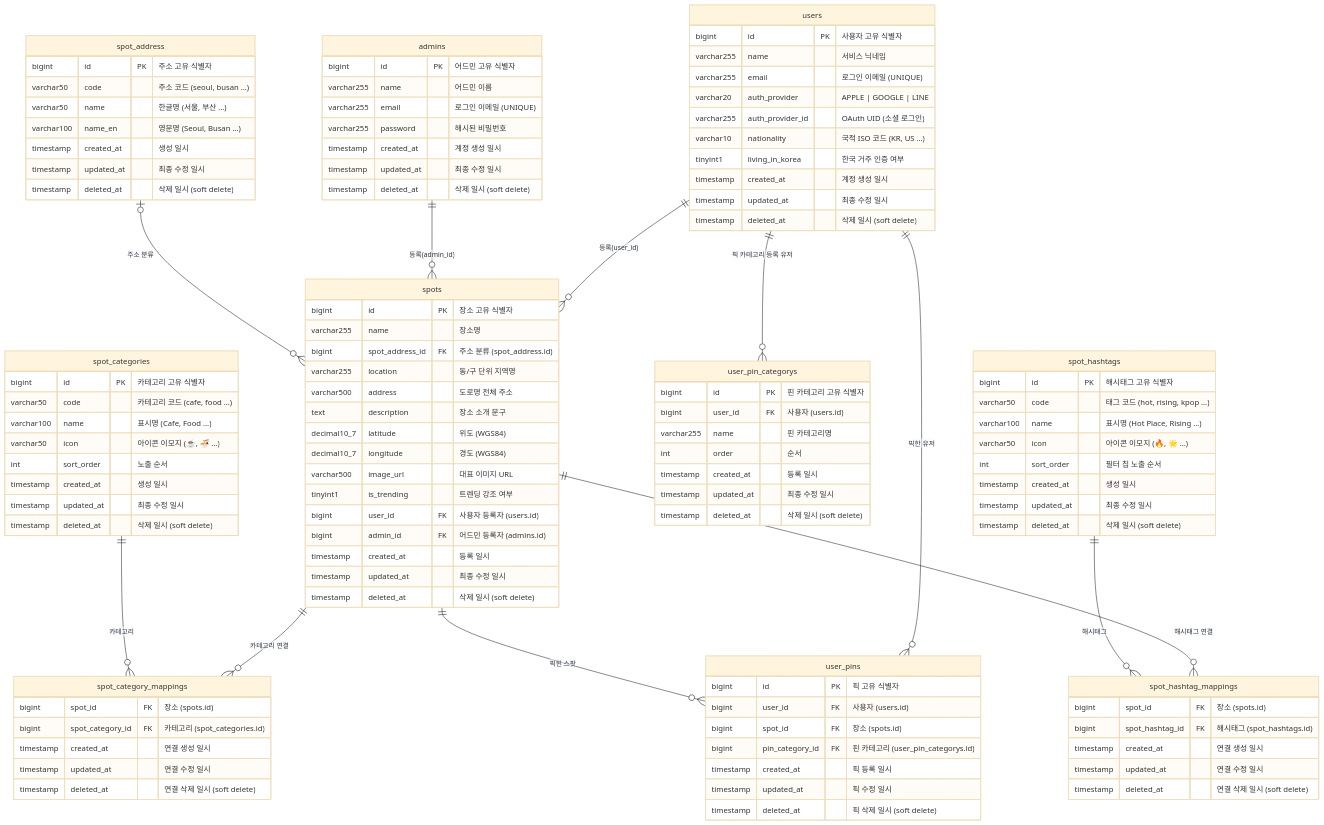
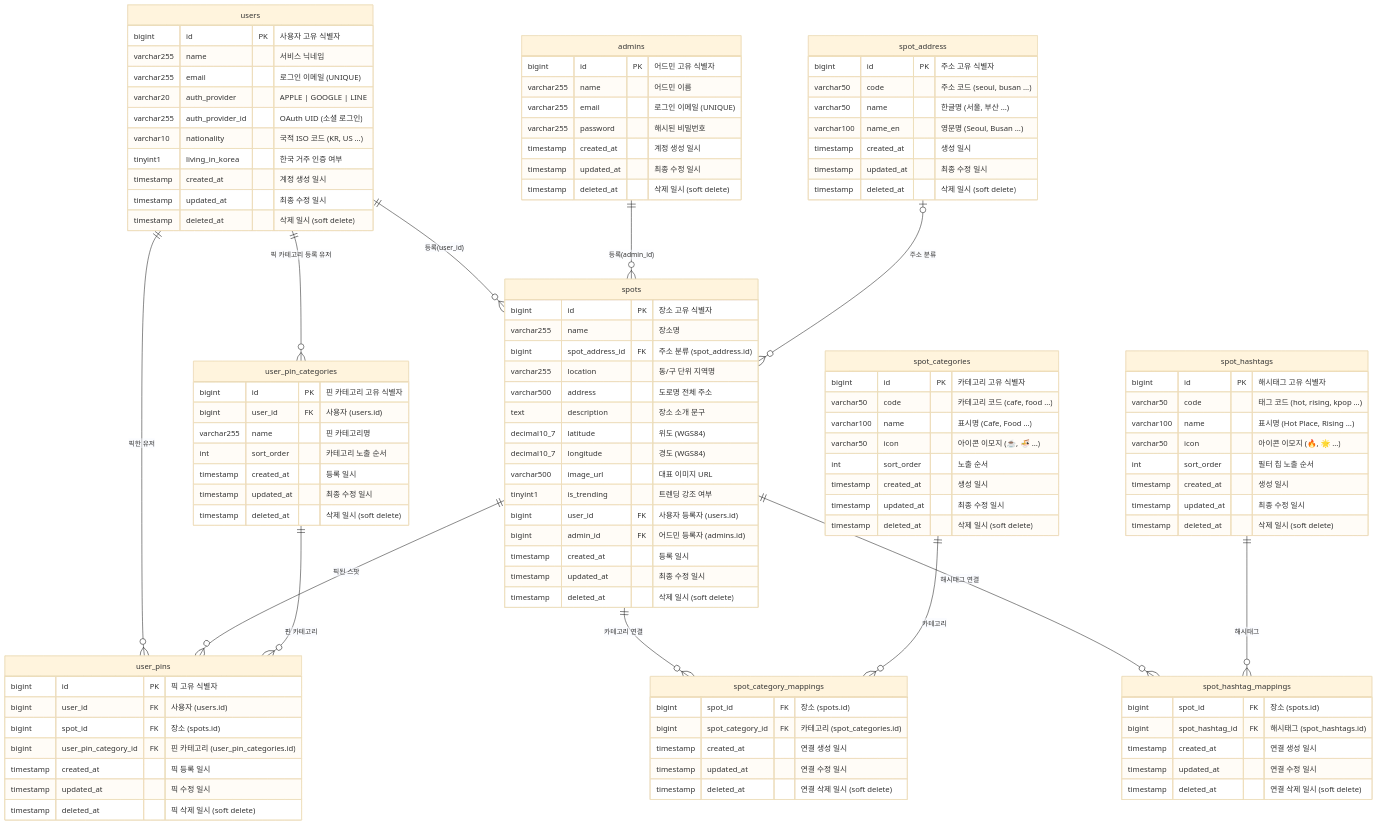
The diagram in src/main/resources/db/ddl/schema-erd.mmd (picko-labs/picko-api), drawn with Mermaid (base theme) before and after one commit. The commit also changed 1 other file, not shown here.

Commit message:
feat: user_pin_categories 테이블 추가 및 ERD 정합성 수정
ERD에 정의된 핀 카테고리 구조가 DDL에 반영되지 않아 불일치 상태였다.

- user_pin_categories 테이블 신규 추가
- user_pins에 user_pin_category_id FK 컬럼 추가 (ON DELETE SET NULL)
- ERD 오타(user_pin_categorys → categories), 예약어(order → sort_order) 수정
- ERD 탭/스페이스 혼용 정리 및 누락 관계 명시

```diff
--- a/src/main/resources/db/ddl/schema-erd.mmd
+++ b/src/main/resources/db/ddl/schema-erd.mmd
@@ -1,136 +1,137 @@
 erDiagram
 
     users {
         bigint      id               PK  "사용자 고유 식별자"
         varchar255  name                 "서비스 닉네임"
         varchar255  email                "로그인 이메일 (UNIQUE)"
         varchar20   auth_provider        "APPLE | GOOGLE | LINE"
         varchar255  auth_provider_id     "OAuth UID (소셜 로그인)"
         varchar10   nationality          "국적 ISO 코드 (KR, US …)"
         tinyint1    living_in_korea      "한국 거주 인증 여부"
         timestamp   created_at           "계정 생성 일시"
         timestamp   updated_at           "최종 수정 일시"
         timestamp   deleted_at           "삭제 일시 (soft delete)"
     }
 
     admins {
         bigint      id          PK  "어드민 고유 식별자"
         varchar255  name            "어드민 이름"
         varchar255  email           "로그인 이메일 (UNIQUE)"
         varchar255  password        "해시된 비밀번호"
         timestamp   created_at      "계정 생성 일시"
         timestamp   updated_at      "최종 수정 일시"
         timestamp   deleted_at      "삭제 일시 (soft delete)"
     }
 
     spot_address {
         bigint      id          PK  "주소 고유 식별자"
         varchar50   code            "주소 코드 (seoul, busan …)"
         varchar50   name            "한글명 (서울, 부산 …)"
         varchar100  name_en         "영문명 (Seoul, Busan …)"
         timestamp   created_at      "생성 일시"
         timestamp   updated_at      "최종 수정 일시"
         timestamp   deleted_at      "삭제 일시 (soft delete)"
     }
 
     spot_categories {
         bigint      id          PK  "카테고리 고유 식별자"
         varchar50   code            "카테고리 코드 (cafe, food …)"
         varchar100  name            "표시명 (Cafe, Food …)"
         varchar50   icon            "아이콘 이모지 (☕, 🍜 …)"
         int         sort_order      "노출 순서"
         timestamp   created_at      "생성 일시"
         timestamp   updated_at      "최종 수정 일시"
         timestamp   deleted_at      "삭제 일시 (soft delete)"
     }
 
     spots {
         bigint      id              PK  "장소 고유 식별자"
         varchar255  name                "장소명"
         bigint      spot_address_id FK  "주소 분류 (spot_address.id)"
         varchar255  location            "동/구 단위 지역명"
         varchar500  address             "도로명 전체 주소"
         text        description         "장소 소개 문구"
         decimal10_7 latitude            "위도 (WGS84)"
         decimal10_7 longitude           "경도 (WGS84)"
         varchar500  image_url           "대표 이미지 URL"
         tinyint1    is_trending         "트렌딩 강조 여부"
         bigint      user_id         FK  "사용자 등록자 (users.id)"
         bigint      admin_id        FK  "어드민 등록자 (admins.id)"
         timestamp   created_at          "등록 일시"
         timestamp   updated_at          "최종 수정 일시"
         timestamp   deleted_at          "삭제 일시 (soft delete)"
     }
 
     spot_category_mappings {
         bigint      spot_id          FK  "장소 (spots.id)"
         bigint      spot_category_id FK  "카테고리 (spot_categories.id)"
         timestamp   created_at           "연결 생성 일시"
         timestamp   updated_at           "연결 수정 일시"
         timestamp   deleted_at           "연결 삭제 일시 (soft delete)"
     }
 
-    user_pin_categorys {
-				bigint        id 		 								PK		"핀 카테고리 고유 식별자"
-        bigint        user_id             FK 	  "사용자 (users.id)"
-        varchar255    name        							"핀 카테고리명"
-				int						order											  "순서"
-        timestamp     created_at          			"등록 일시"
-        timestamp     updated_at         			 	"최종 수정 일시"
-        timestamp     deleted_at         			 	"삭제 일시 (soft delete)"
+    user_pin_categories {
+        bigint      id         PK  "핀 카테고리 고유 식별자"
+        bigint      user_id    FK  "사용자 (users.id)"
+        varchar255  name           "핀 카테고리명"
+        int         sort_order     "카테고리 노출 순서"
+        timestamp   created_at     "등록 일시"
+        timestamp   updated_at     "최종 수정 일시"
+        timestamp   deleted_at     "삭제 일시 (soft delete)"
     }
 
     user_pins {
-        bigint      id          		 	PK  "픽 고유 식별자"
-        bigint      user_id    			FK  "사용자 (users.id)"
-        bigint      spot_id   		    FK  "장소 (spots.id)"
-				bigint			 pin_category_id	FK 	"핀 카테고리 (user_pin_categorys.id)"
-        timestamp   created_at      "픽 등록 일시"
-        timestamp   updated_at      "픽 수정 일시"
-        timestamp   deleted_at      "픽 삭제 일시 (soft delete)"
+        bigint      id                   PK  "픽 고유 식별자"
+        bigint      user_id              FK  "사용자 (users.id)"
+        bigint      spot_id              FK  "장소 (spots.id)"
+        bigint      user_pin_category_id FK  "핀 카테고리 (user_pin_categories.id)"
+        timestamp   created_at               "픽 등록 일시"
+        timestamp   updated_at               "픽 수정 일시"
+        timestamp   deleted_at               "픽 삭제 일시 (soft delete)"
     }
 
     spot_hashtags {
         bigint      id          PK  "해시태그 고유 식별자"
         varchar50   code            "태그 코드 (hot, rising, kpop …)"
         varchar100  name            "표시명 (Hot Place, Rising …)"
         varchar50   icon            "아이콘 이모지 (🔥, 🌟 …)"
         int         sort_order      "필터 칩 노출 순서"
         timestamp   created_at      "생성 일시"
         timestamp   updated_at      "최종 수정 일시"
         timestamp   deleted_at      "삭제 일시 (soft delete)"
     }
 
     spot_hashtag_mappings {
         bigint      spot_id         FK  "장소 (spots.id)"
         bigint      spot_hashtag_id FK  "해시태그 (spot_hashtags.id)"
         timestamp   created_at          "연결 생성 일시"
         timestamp   updated_at          "연결 수정 일시"
         timestamp   deleted_at          "연결 삭제 일시 (soft delete)"
     }
 
     %% ── 관계 정의 ──────────────────────────────────────────
 
     %% users → spots : 유저가 스팟을 직접 등록
     users                ||--o{ spots                    : "등록(user_id)"
 
     %% admins → spots : 어드민이 스팟을 등록
     admins               ||--o{ spots                    : "등록(admin_id)"
 
     %% users ↔ spots : 유저가 스팟을 픽(북마크)
     users                ||--o{ user_pins                : "픽한 유저"
     spots                ||--o{ user_pins                : "픽된 스팟"
 
-		%% users → user_pin_categorys : 유저의 픽 카테고리
-    users                ||--o{ user_pin_categorys         : "픽 카테고리 등록 유저"
+    %% users → user_pin_categories : 유저의 픽 카테고리
+    users                ||--o{ user_pin_categories        : "픽 카테고리 등록 유저"
+    user_pin_categories  ||--o{ user_pins                  : "핀 카테고리"
 
     %% spots ↔ spot_categories : 스팟 카테고리 (N개)
     spots                ||--o{ spot_category_mappings   : "카테고리 연결"
     spot_categories      ||--o{ spot_category_mappings   : "카테고리"
 
     %% spots → spot_address : 주소 분류
     spot_address         |o--o{ spots                    : "주소 분류"
 
     %% spots ↔ spot_hashtags : 해시태그 필터
     spots                ||--o{ spot_hashtag_mappings    : "해시태그 연결"
     spot_hashtags        ||--o{ spot_hashtag_mappings    : "해시태그"
```
